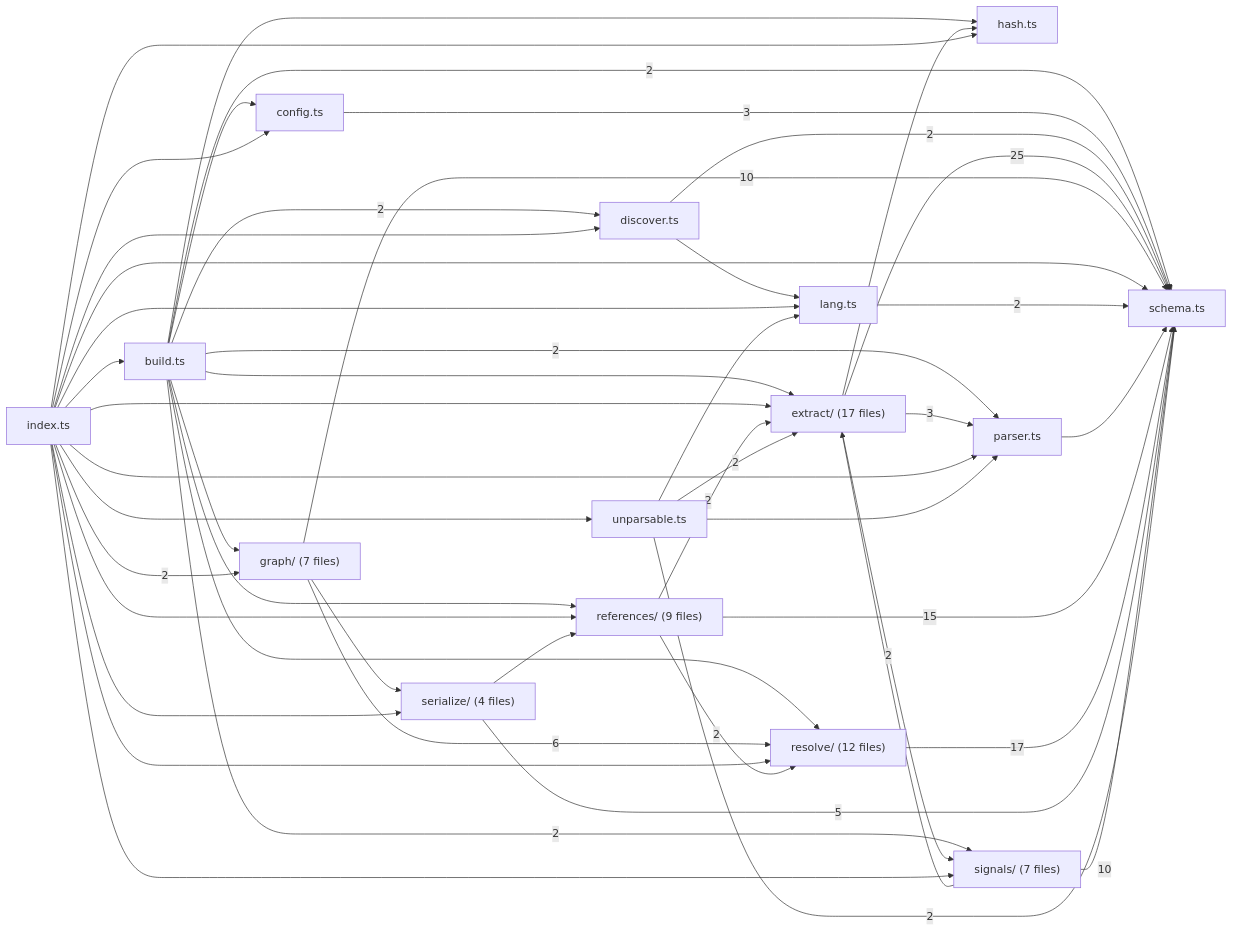
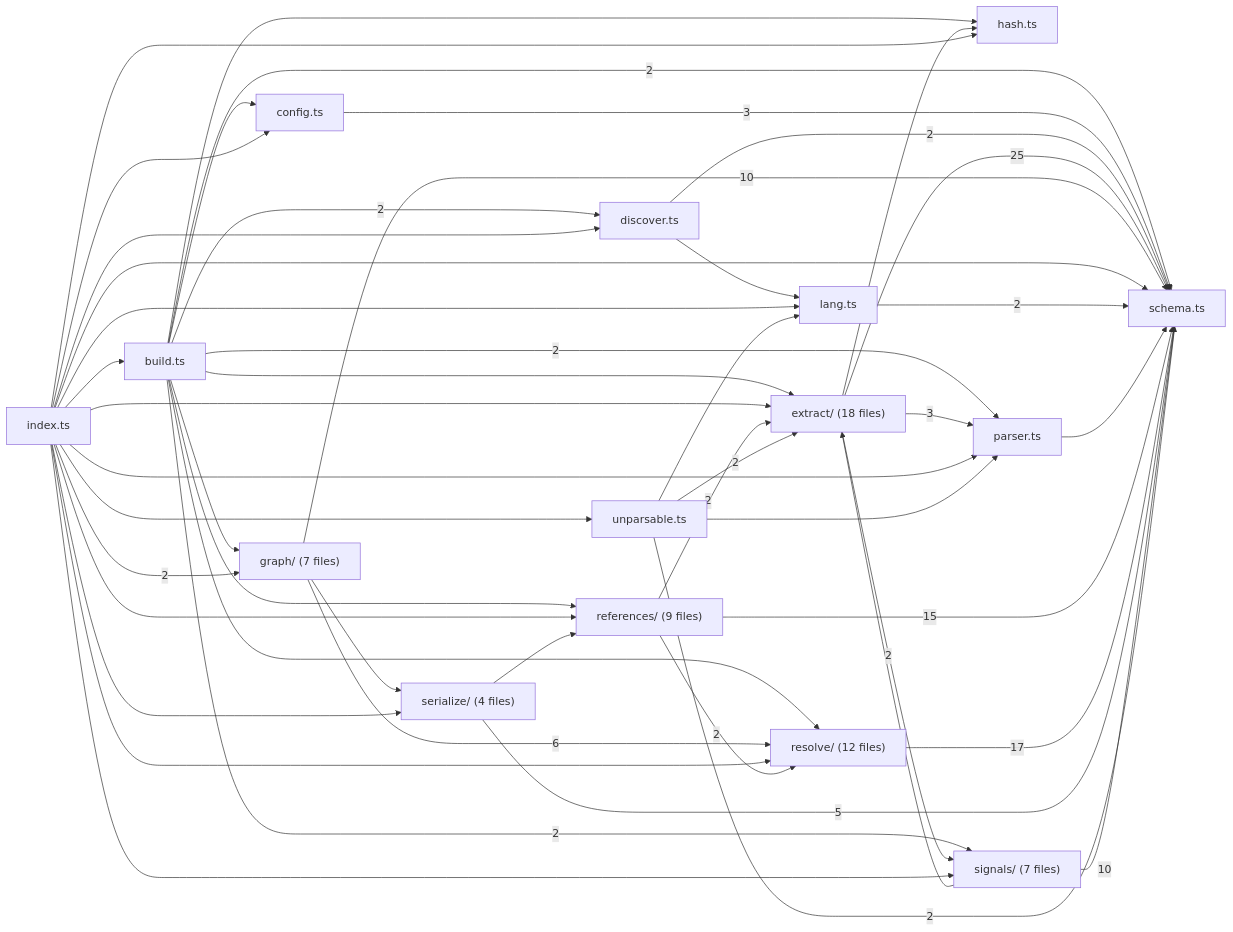
The second of 8 diagrams in .greplost/packages/greplost__core/MAP.md (sns45/greplost), drawn with Mermaid before and after one commit. The commit also changed other lines of this file and 16 other files, not shown here.

````diff
--- a/.greplost/packages/greplost__core/MAP.md
+++ b/.greplost/packages/greplost__core/MAP.md
@@ -165,66 +167,66 @@
 ```mermaid
 graph LR
   packages_core_src_build_ts["build.ts"]
   packages_core_src_config_ts["config.ts"]
   packages_core_src_discover_ts["discover.ts"]
-  packages_core_src_extract["extract/ #40;17 files#41;"]
+  packages_core_src_extract["extract/ #40;18 files#41;"]
   packages_core_src_graph["graph/ #40;7 files#41;"]
   packages_core_src_hash_ts["hash.ts"]
   packages_core_src_index_ts["index.ts"]
   packages_core_src_lang_ts["lang.ts"]
   packages_core_src_parser_ts["parser.ts"]
   packages_core_src_references["references/ #40;9 files#41;"]
   packages_core_src_resolve["resolve/ #40;12 files#41;"]
   packages_core_src_schema_ts["schema.ts"]
   packages_core_src_serialize["serialize/ #40;4 files#41;"]
   packages_core_src_signals["signals/ #40;7 files#41;"]
   packages_core_src_unparsable_ts["unparsable.ts"]
   packages_core_src_build_ts --> packages_core_src_config_ts
   packages_core_src_build_ts -->|2| packages_core_src_discover_ts
   packages_core_src_build_ts --> packages_core_src_extract
   packages_core_src_build_ts --> packages_core_src_graph
   packages_core_src_build_ts --> packages_core_src_hash_ts
   packages_core_src_build_ts -->|2| packages_core_src_parser_ts
   packages_core_src_build_ts --> packages_core_src_references
   packages_core_src_build_ts --> packages_core_src_resolve
   packages_core_src_build_ts -->|2| packages_core_src_schema_ts
   packages_core_src_build_ts -->|2| packages_core_src_signals
   packages_core_src_config_ts -->|3| packages_core_src_schema_ts
   packages_core_src_discover_ts --> packages_core_src_lang_ts
   packages_core_src_discover_ts -->|2| packages_core_src_schema_ts
   packages_core_src_extract --> packages_core_src_hash_ts
   packages_core_src_extract -->|3| packages_core_src_parser_ts
   packages_core_src_extract -->|25| packages_core_src_schema_ts
   packages_core_src_extract -->|2| packages_core_src_signals
   packages_core_src_graph -->|6| packages_core_src_resolve
   packages_core_src_graph -->|10| packages_core_src_schema_ts
   packages_core_src_graph --> packages_core_src_serialize
   packages_core_src_index_ts --> packages_core_src_build_ts
   packages_core_src_index_ts --> packages_core_src_config_ts
   packages_core_src_index_ts --> packages_core_src_discover_ts
   packages_core_src_index_ts --> packages_core_src_extract
   packages_core_src_index_ts -->|2| packages_core_src_graph
   packages_core_src_index_ts --> packages_core_src_hash_ts
   packages_core_src_index_ts --> packages_core_src_lang_ts
   packages_core_src_index_ts --> packages_core_src_parser_ts
   packages_core_src_index_ts --> packages_core_src_references
   packages_core_src_index_ts --> packages_core_src_resolve
   packages_core_src_index_ts --> packages_core_src_schema_ts
   packages_core_src_index_ts --> packages_core_src_serialize
   packages_core_src_index_ts --> packages_core_src_signals
   packages_core_src_index_ts --> packages_core_src_unparsable_ts
   packages_core_src_lang_ts -->|2| packages_core_src_schema_ts
   packages_core_src_parser_ts --> packages_core_src_schema_ts
   packages_core_src_references -->|2| packages_core_src_extract
   packages_core_src_references -->|2| packages_core_src_resolve
   packages_core_src_references -->|15| packages_core_src_schema_ts
   packages_core_src_resolve -->|17| packages_core_src_schema_ts
   packages_core_src_serialize --> packages_core_src_references
   packages_core_src_serialize -->|5| packages_core_src_schema_ts
   packages_core_src_signals --> packages_core_src_extract
   packages_core_src_signals -->|10| packages_core_src_schema_ts
   packages_core_src_unparsable_ts -->|2| packages_core_src_extract
   packages_core_src_unparsable_ts --> packages_core_src_lang_ts
   packages_core_src_unparsable_ts --> packages_core_src_parser_ts
   packages_core_src_unparsable_ts -->|2| packages_core_src_schema_ts
 ```
````
